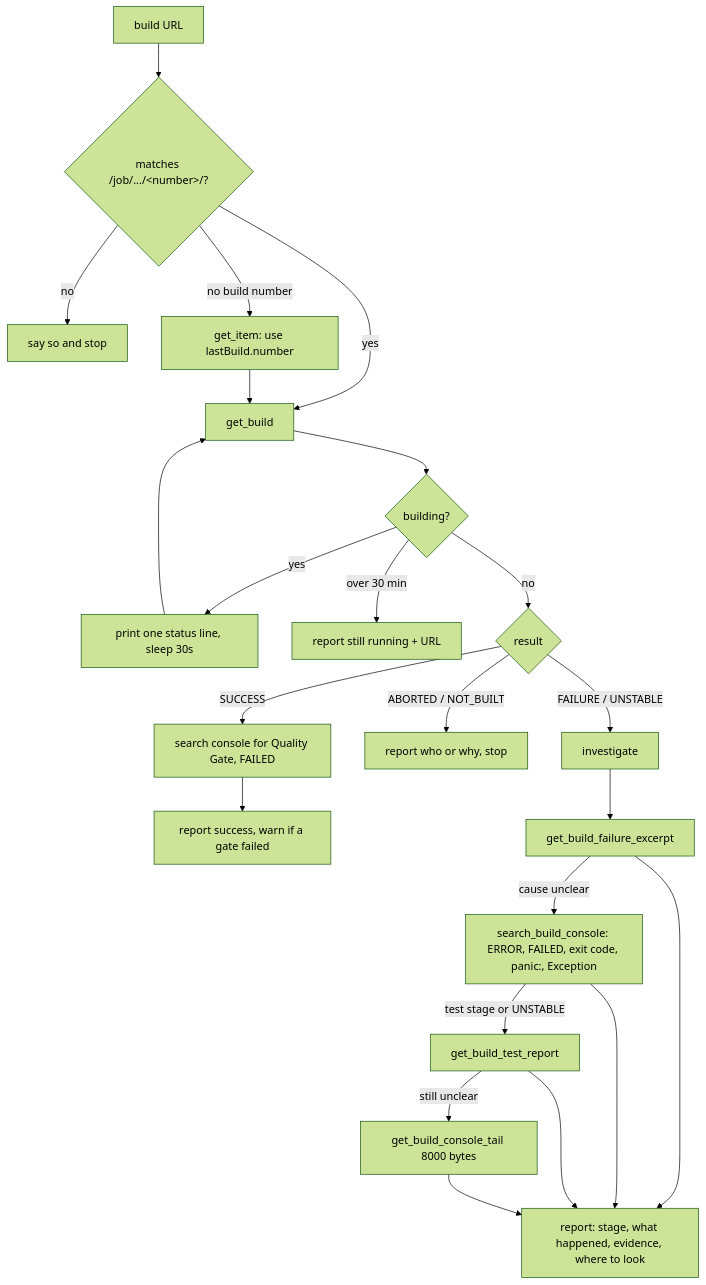
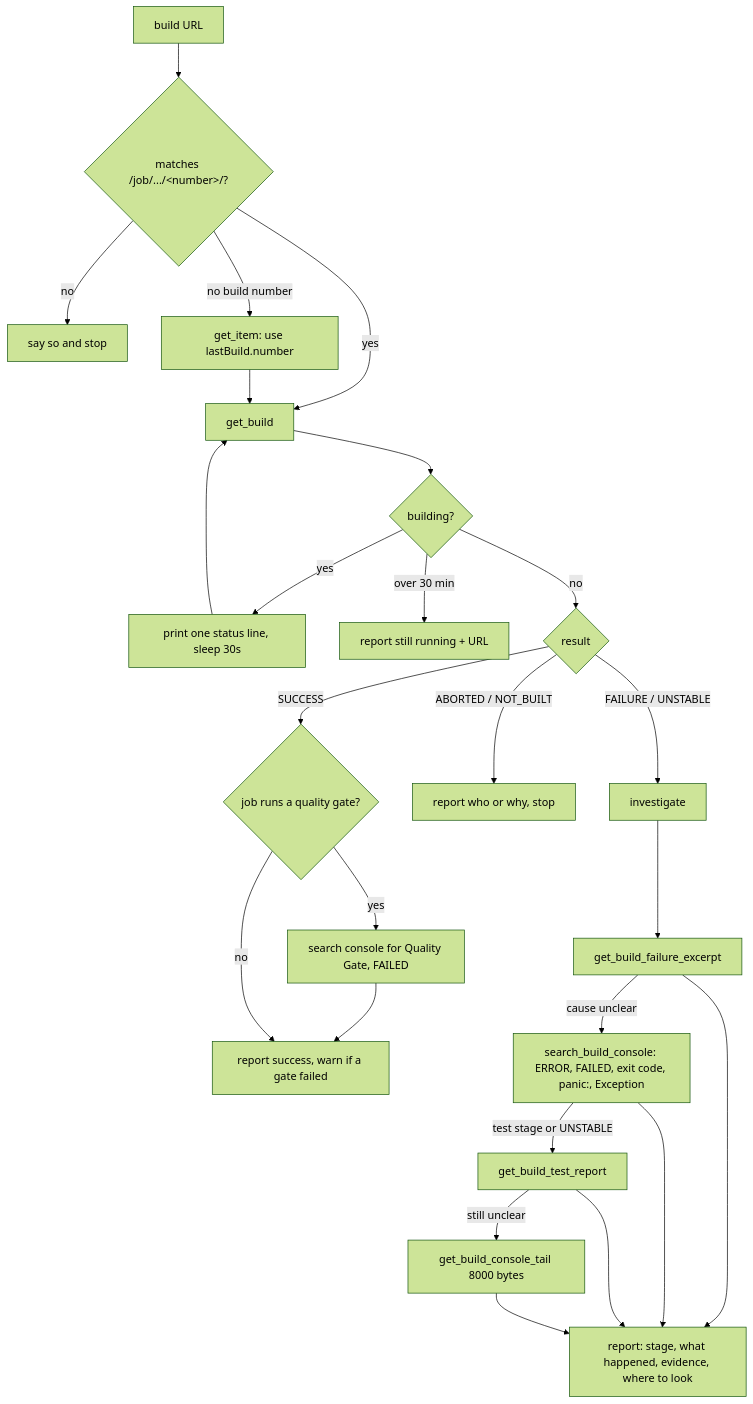
One commit to naphatwx/naphatwx-tools changed the diagram in plugins/naphatwx-tools/skills/check-job/README.md. Above: the diagram before and after it, drawn with Mermaid (forest theme). The commit also changed other lines of this file and 53 other files, not shown here.

````diff
--- a/plugins/naphatwx-tools/skills/check-job/README.md
+++ b/plugins/naphatwx-tools/skills/check-job/README.md
@@ -21,20 +21,22 @@
 ```mermaid
 graph TD
     U[build URL] --> P{"matches /job/.../#lt;number#gt;/?"}
     P -->|no| X[say so and stop]
     P -->|no build number| L[get_item: use lastBuild.number]
     P -->|yes| G[get_build]
     L --> G
     G --> B{building?}
     B -->|yes| S[print one status line, sleep 30s] --> G
     B -->|over 30 min| R1[report still running + URL]
     B -->|no| R{result}
-    R -->|SUCCESS| Q["search console for Quality Gate, FAILED"] --> OK[report success, warn if a gate failed]
+    R -->|SUCCESS| Q{"job runs a quality gate?"}
+    Q -->|yes| QS["search console for Quality Gate, FAILED"] --> OK[report success, warn if a gate failed]
+    Q -->|no| OK
     R -->|ABORTED / NOT_BUILT| AB[report who or why, stop]
     R -->|FAILURE / UNSTABLE| I[investigate]
     I --> I1[get_build_failure_excerpt]
     I1 -->|cause unclear| I2["search_build_console: ERROR, FAILED, exit code, panic:, Exception"]
     I2 -->|test stage or UNSTABLE| I3[get_build_test_report]
     I3 -->|still unclear| I4[get_build_console_tail 8000 bytes]
     I1 & I2 & I3 & I4 --> REP[report: stage, what happened, evidence, where to look]
 ```
````
